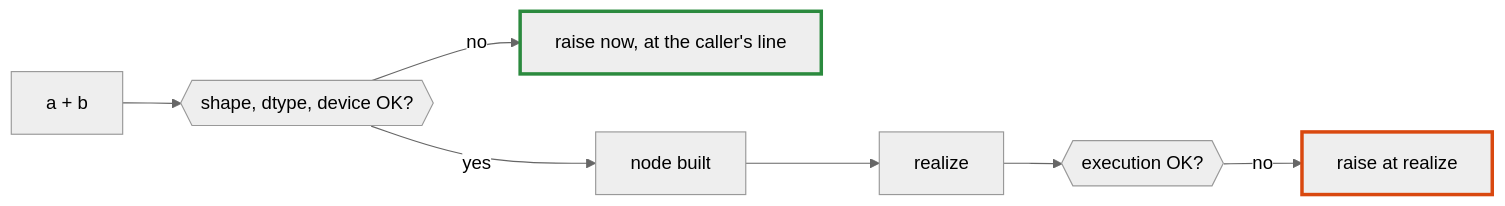
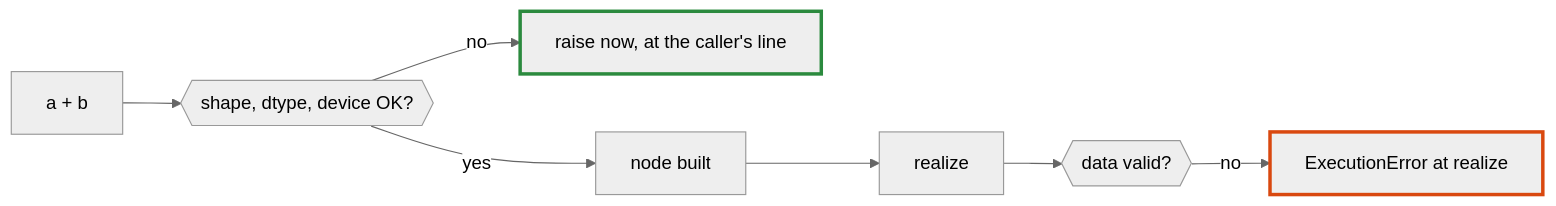
One commit to nogginly/tensomite.cr changed diagram 12 of 12 in DESIGN.md. Above: the diagram before and after it, drawn with Mermaid (neutral theme). The commit also changed other lines of this file and 23 other files, not shown here.

````diff
--- a/DESIGN.md
+++ b/DESIGN.md
@@ -229,11 +335,11 @@
 ```mermaid
 flowchart LR
     Call["a + b"] --> Check{{"shape, dtype, device OK?"}}
     Check -- no --> Err["raise now, at the caller's line"]
     Check -- yes --> Node["node built"]
     Node --> Real["realize"]
-    Real --> Exec{{"execution OK?"}}
-    Exec -- no --> Late["raise at realize"]
+    Real --> Exec{{"data valid?"}}
+    Exec -- no --> Late["ExecutionError at realize"]
     style Err stroke:#2b8a3e,stroke-width:3px
     style Late stroke:#d9480f,stroke-width:3px
 ```
````
